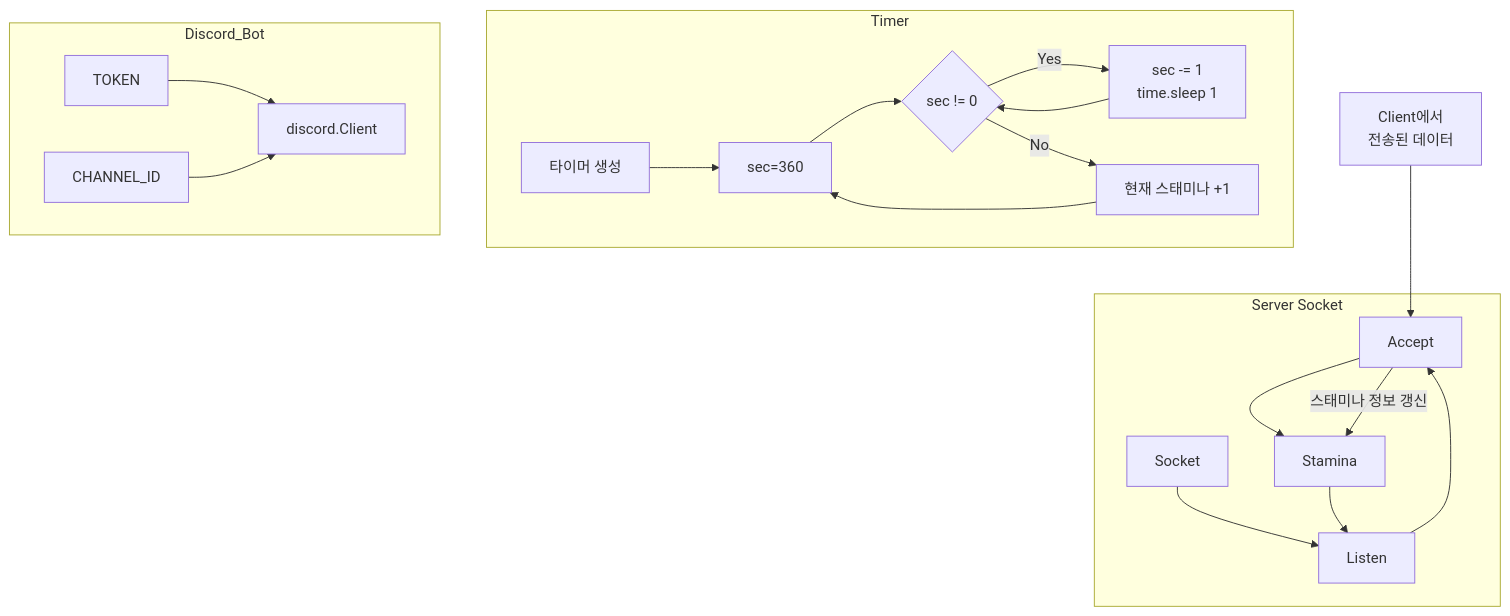
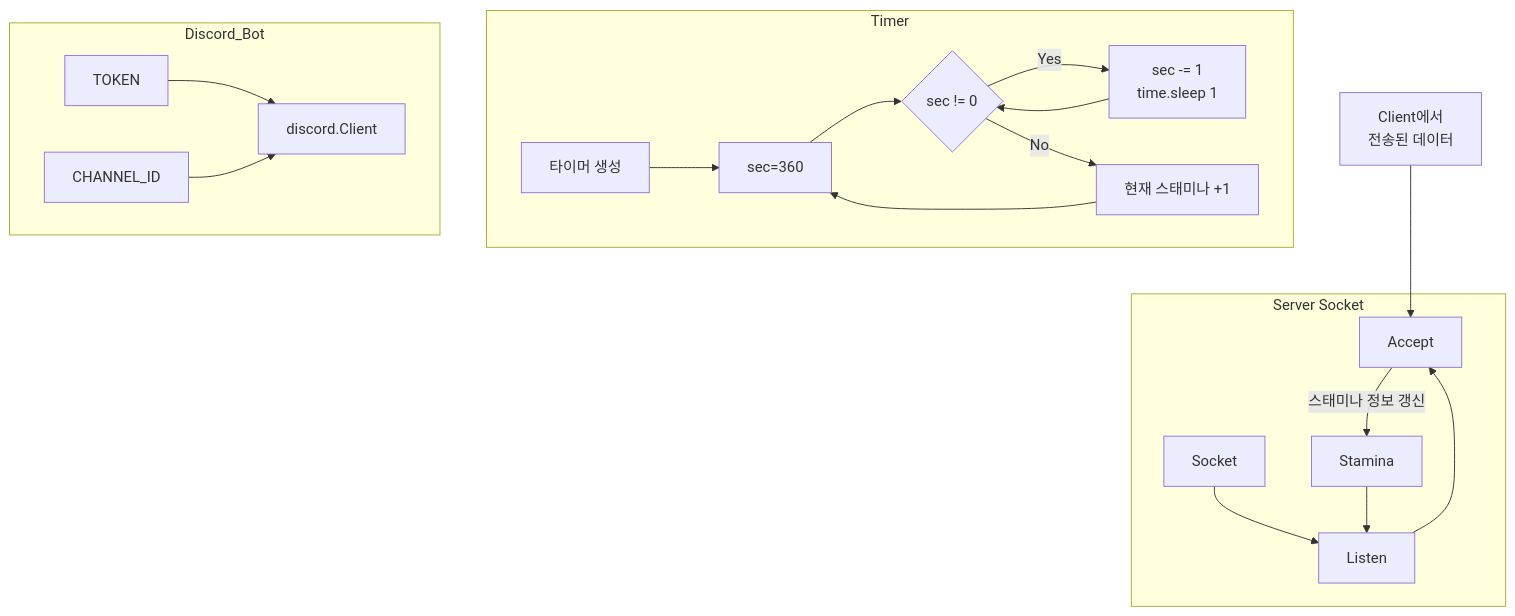
One commit to 201710808/Game-Stamina-Alarm changed the third of 3 diagrams in README.md. Above: the diagram before and after it, drawn with Mermaid.

````diff
--- a/README.md
+++ b/README.md
@@ -55,26 +55,25 @@
 ```mermaid
 graph TB;
     data[Client에서\n전송된 데이터]-->Accept;
-    Accept-->Stamina;
+    Accept-->|스태미나 정보 갱신|Stamina;
 
     subgraph Server Socket;
     Socket-->Listen;
     Listen-->Accept;
-    Accept-->|스태미나 정보 갱신|Stamina;
     Stamina-->Listen;
     end;
 
     subgraph Timer;
     timer_start[타이머 생성]-->sec;
     sec[sec=360]-->condition{sec != 0};
     condition-->|"Yes"|process_time[sec -= 1\ntime.sleep 1];
     process_time-->condition;
     condition-->|"No"|sync_stamina[현재 스태미나 +1];
     sync_stamina-->sec;
     end;
 
     subgraph Discord_Bot;
     TOKEN-->Client[discord.Client];
     CHANNEL_ID-->Client;
     end;
 ```
````
